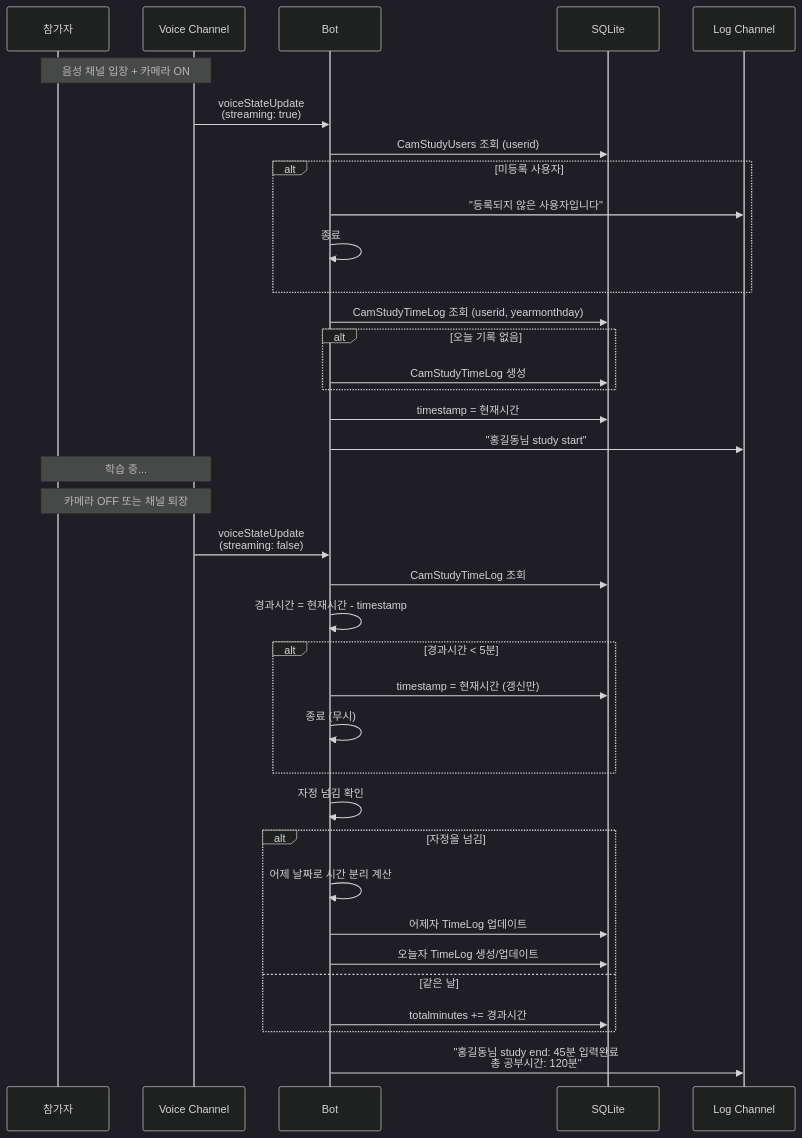
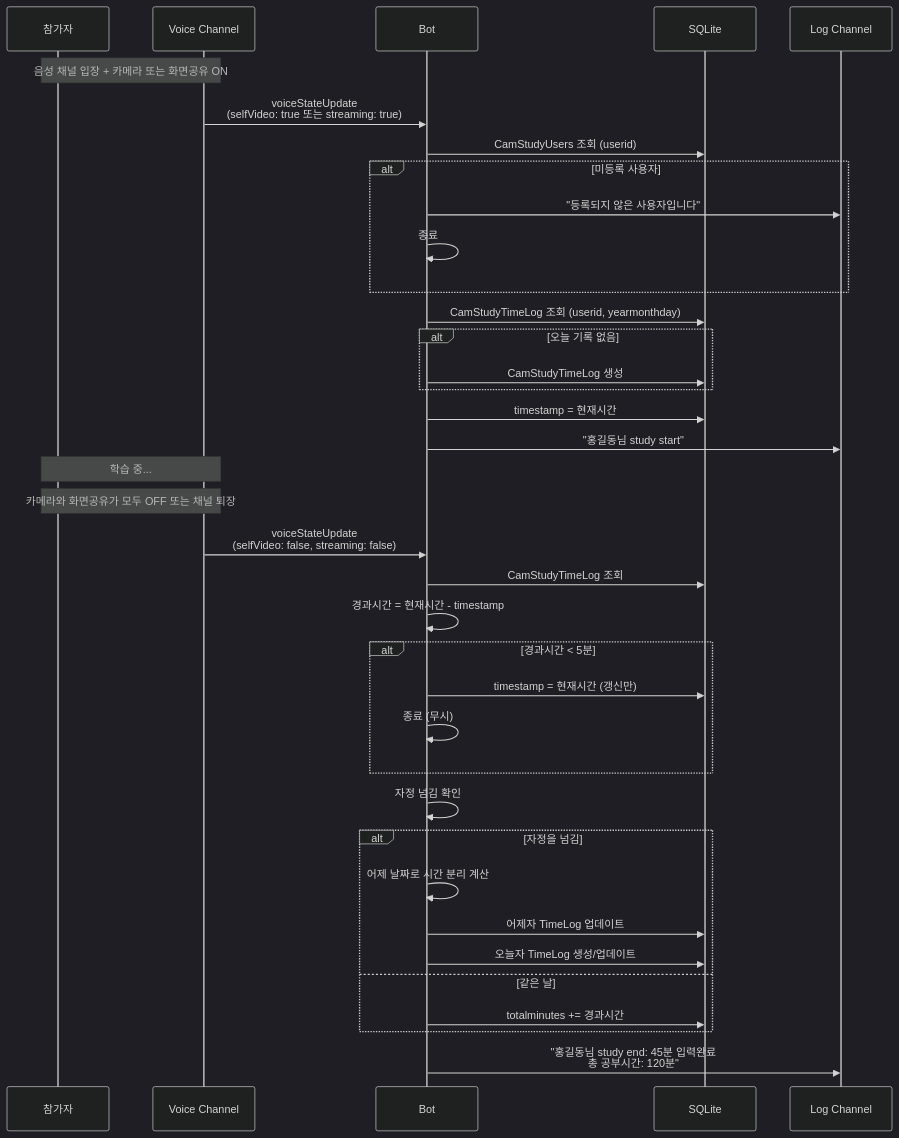
One commit to honki12345/haruharu-discord-bot changed the ninth of 12 diagrams in docs/USER_STORIES.md. Above: the diagram before and after it, drawn with Mermaid (dark theme). The commit also changed other lines of this file and 11 other files, not shown here.

````diff
--- a/docs/USER_STORIES.md
+++ b/docs/USER_STORIES.md
@@ -406,49 +415,49 @@
 ```mermaid
 sequenceDiagram
     participant U as 참가자
     participant VC as Voice Channel
     participant B as Bot
     participant DB as SQLite
     participant L as Log Channel
 
-    Note over U,VC: 음성 채널 입장 + 카메라 ON
-    VC->>B: voiceStateUpdate<br/>(streaming: true)
+    Note over U,VC: 음성 채널 입장 + 카메라 또는 화면공유 ON
+    VC->>B: voiceStateUpdate<br/>(selfVideo: true 또는 streaming: true)
 
     B->>DB: CamStudyUsers 조회 (userid)
     alt 미등록 사용자
         B->>L: "등록되지 않은 사용자입니다"
         B->>B: 종료
     end
 
     B->>DB: CamStudyTimeLog 조회 (userid, yearmonthday)
     alt 오늘 기록 없음
         B->>DB: CamStudyTimeLog 생성
     end
 
     B->>DB: timestamp = 현재시간
     B->>L: "홍길동님 study start"
 
     Note over U,VC: 학습 중...
 
-    Note over U,VC: 카메라 OFF 또는 채널 퇴장
-    VC->>B: voiceStateUpdate<br/>(streaming: false)
+    Note over U,VC: 카메라와 화면공유가 모두 OFF 또는 채널 퇴장
+    VC->>B: voiceStateUpdate<br/>(selfVideo: false, streaming: false)
 
     B->>DB: CamStudyTimeLog 조회
     B->>B: 경과시간 = 현재시간 - timestamp
 
     alt 경과시간 < 5분
         B->>DB: timestamp = 현재시간 (갱신만)
         B->>B: 종료 (무시)
     end
 
     B->>B: 자정 넘김 확인
     alt 자정을 넘김
         B->>B: 어제 날짜로 시간 분리 계산
         B->>DB: 어제자 TimeLog 업데이트
         B->>DB: 오늘자 TimeLog 생성/업데이트
     else 같은 날
         B->>DB: totalminutes += 경과시간
     end
 
     B->>L: "홍길동님 study end: 45분 입력완료<br/>총 공부시간: 120분"
 ```
````
